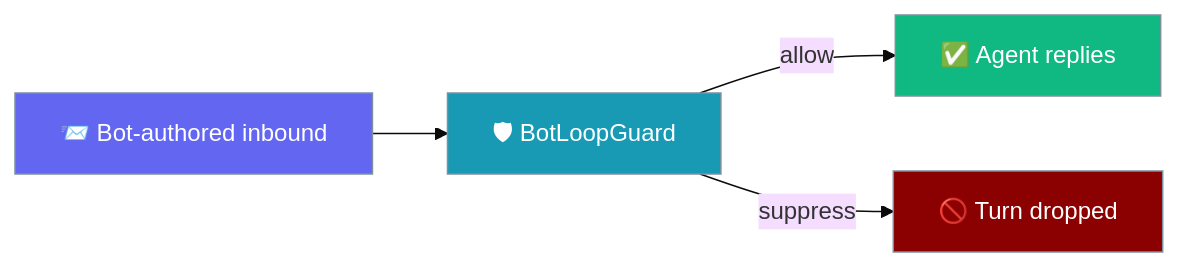
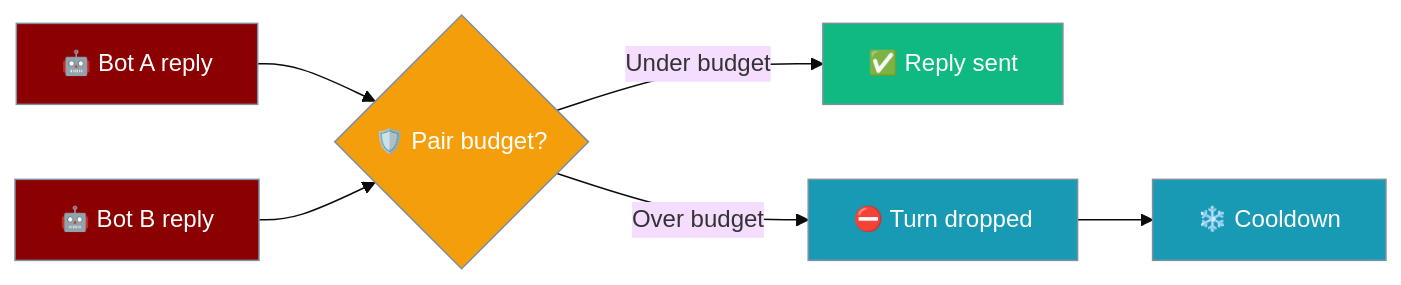
One commit to MervinPraison/PraisonAIDocs changed the first of 3 diagrams in docs/features/bot-loop-protection.mdx. Above: the diagram before and after it, drawn with Mermaid (base theme). The commit also changed other lines of this file and 4 other files, not shown here.

Commit message:
docs: add Bot Loop Protection feature page for BotLoopGuard / BotLoopPolicy (fixes #1661)

````diff
--- a/docs/features/bot-loop-protection.mdx
+++ b/docs/features/bot-loop-protection.mdx
@@ -10,16 +33,18 @@
 ```mermaid
 graph LR
-    Inbound[📨 Bot-authored inbound] --> Guard[🛡 BotLoopGuard]
-    Guard -->|allow| Reply[✅ Agent replies]
-    Guard -->|suppress| Drop[🚫 Turn dropped]
+    A[🤖 Bot A reply] --> Guard{🛡️ Pair budget?}
+    B[🤖 Bot B reply] --> Guard
+    Guard -->|Under budget| Send[✅ Reply sent]
+    Guard -->|Over budget| Drop[⛔ Turn dropped]
+    Drop --> Cool[❄️ Cooldown]
 
-    classDef input fill:#6366F1,stroke:#7C90A0,color:#fff
-    classDef process fill:#189AB4,stroke:#7C90A0,color:#fff
+    classDef agent fill:#8B0000,stroke:#7C90A0,color:#fff
+    classDef check fill:#F59E0B,stroke:#7C90A0,color:#fff
     classDef ok fill:#10B981,stroke:#7C90A0,color:#fff
-    classDef halt fill:#8B0000,stroke:#7C90A0,color:#fff
+    classDef drop fill:#189AB4,stroke:#7C90A0,color:#fff
 
-    class Inbound input
-    class Guard process
-    class Reply ok
-    class Drop halt
+    class A,B agent
+    class Guard check
+    class Send ok
+    class Drop,Cool drop
 ```
````
